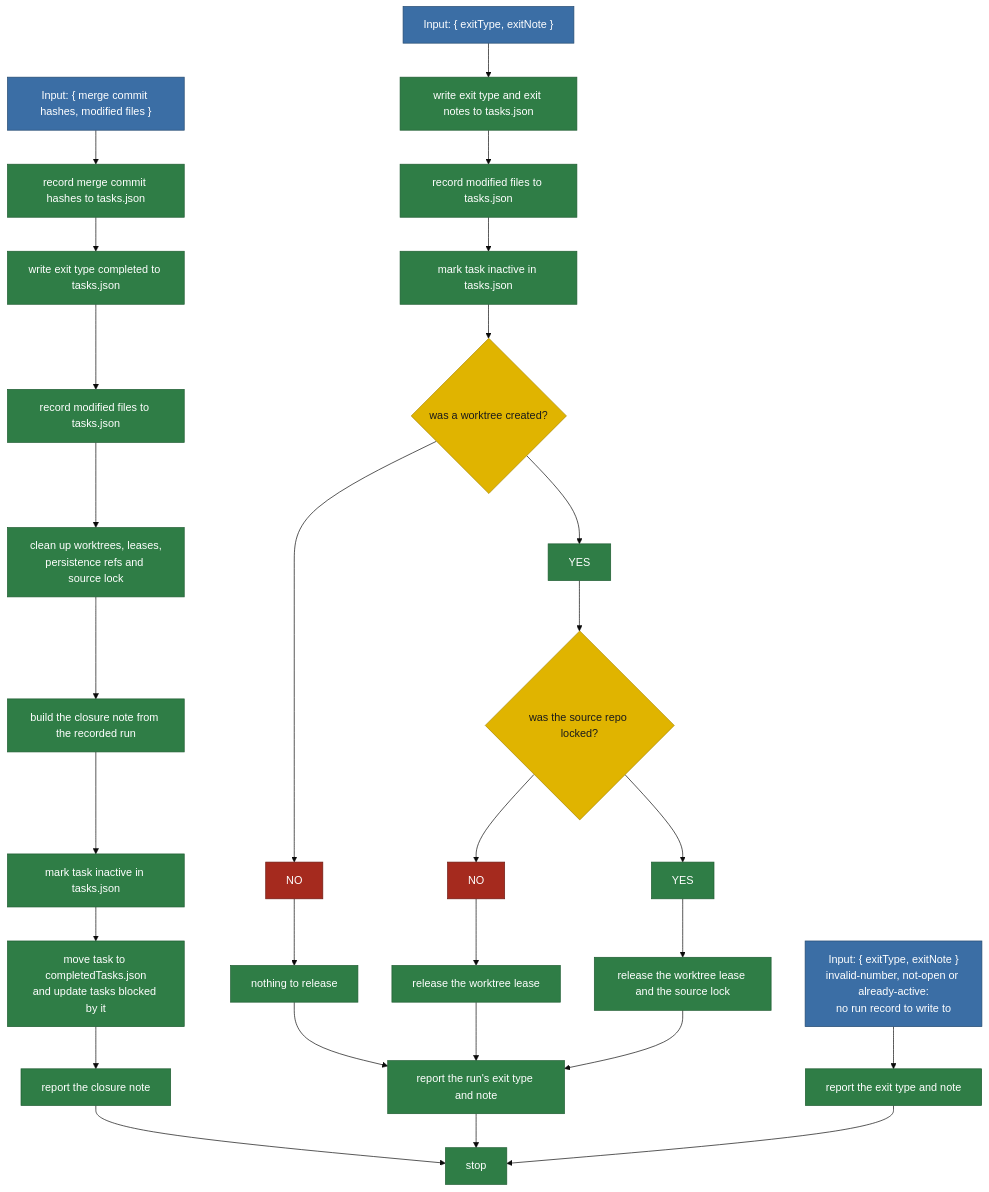
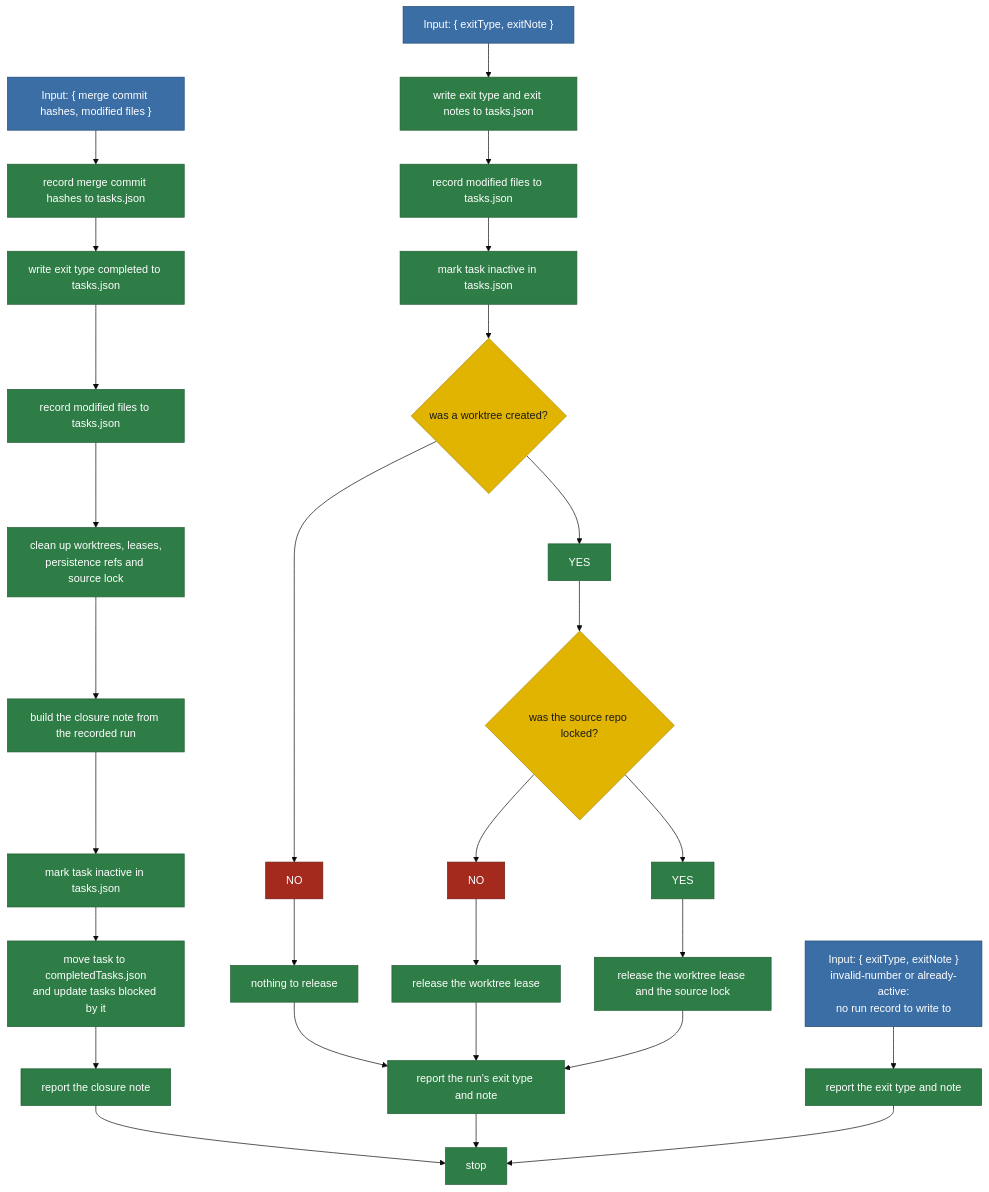
Before and after one commit to matkatmusic/taskTools: the diagram in plans/diagram/pipeline-exitWorkflow.mmd, drawn with Mermaid (base theme). The commit also changed 13 other files, not shown here.

Commit message:
removed redundant 'isTaskOpen' from pipeline and code

```diff
--- a/plans/diagram/pipeline-exitWorkflow.mmd
+++ b/plans/diagram/pipeline-exitWorkflow.mmd
@@ -1,97 +1,96 @@
 flowchart TB
 %% EXIT WORKFLOW. Split from pipeline.mmd. Every pipeline ends here.
 %% Two inputs, two tails:
 %%   the merge receipt from the rebase and merge pipeline -> the success tail
 %%   an exit type and exit note from any pipeline          -> the failure tail
 %% Rules that apply everywhere, not steps:
 %%   1. Every git interaction goes through a script. Never prose.
 %%   2. Every read and write of tasks.json is atomic.
 %%   3. Every box that touches the working tree operates on every repository
 %%      layer, deepest submodule first, root last. Boxes that only read or write
 %%      tasks.json do not.
 %%   4. Exactly one box releases the source repo lock on the failure tail. The
 %%      release line names only what is actually held: nothing before a
 %%      worktree exists, the lease only before the source repo was locked, both
 %%      after. "clean up" releases both on the success tail.
 %%   5. A script that fails operationally, as opposed to returning a verdict,
 %%      exits the run as run-failed. No step is retried after it has mutated
 %%      anything. How far this workflow can run depends on where the failure
 %%      happened, and there are four cases:
 %%        before the task is active - report and stop; there is no run to write to
 %%        active, no worktree      - this workflow runs; modified files records []
 %%        active, with worktree    - this workflow runs in full
 %%        during the archive, after "mark task inactive"
 %%                                - the run is already ended, so this workflow
 %%                                  reopens it, overwrites exit type completed
 %%                                  with run-failed, and re-ends it
 %%   6. A mutating box whose result is lost is never blindly retried and never
 %%      assumed failed. Each one has a read-only reconciliation check that reads
 %%      the world and decides whether it already happened. A safe idempotent
 %%      rerun happens only after reconciliation proves it did not complete. Only
 %%      an ambiguous loss is run-failed.
 %%   7. A task stays unavailable to another run from "mark the task active" until
 %%      its archive lands. "mark task inactive" ends the run but does NOT reopen
 %%      the task: a task whose newest ended run exited completed, and which is
 %%      still in tasks.json, is closing, and a second invocation must refuse it.
 %% Exit types that reach [stop]:
 %%   completed          - archived to completedTasks.json
 %%   invalid-number     - not in tasks.json or completedTasks.json
-%%   not-open           - already completed
 %%   already-active     - a previous run left the task active
 %%   blocked            - an open blocker remains
 %%   plan-scrapped      - codex scrapped the plan twice
 %%   tests-red          - task tests still failing after 2 fix attempts
 %%   tests-flagged      - codex flagged the tests twice
 %%   suite-red          - full suite still failing after 2 fix attempts
 %%   rebase-stuck       - the rebase did not advance after 2 conflict fixes
 %%   merge-failed       - the merge did not land twice
 %%   fence-violation    - a step changed a file the task does not own
 %%   run-failed         - a script failed operationally
-%% invalid-number, not-open and already-active are the only exits that write
-%% nothing to tasks.json: the first two have no open task record to write to, and
-%% the third must not touch a run that belongs to another invocation. All three
-%% take the report-only tail. Every other exit takes the failure tail.
+%% invalid-number and already-active are the only exits that write nothing to
+%% tasks.json: the first has no open task record to write to, and the second must
+%% not touch a run that belongs to another invocation. Both take the report-only
+%% tail. Every other exit takes the failure tail.
 
   MERGE_RECEIPT_INPUT["Input: { merge commit hashes, modified files }"] --> RECORD_MERGE_COMMIT_HASHES["record merge commit hashes to tasks.json"]
   RECORD_MERGE_COMMIT_HASHES --> WRITE_EXIT_TYPE_COMPLETED["write exit type completed to tasks.json"]
   WRITE_EXIT_TYPE_COMPLETED --> RECORD_MODIFIED_FILES_SUCCESS["record modified files to tasks.json"]
   RECORD_MODIFIED_FILES_SUCCESS --> CLEAN_UP_WORKTREES["clean up worktrees, leases,<br/>persistence refs and source lock"]
   CLEAN_UP_WORKTREES --> BUILD_CLOSURE_NOTE["build the closure note from the recorded run"]
   BUILD_CLOSURE_NOTE --> MARK_TASK_INACTIVE_SUCCESS["mark task inactive in tasks.json"]
   MARK_TASK_INACTIVE_SUCCESS --> ARCHIVE_TASK["move task to completedTasks.json<br/>and update tasks blocked by it"]
   ARCHIVE_TASK --> REPORT_CLOSURE_NOTE["report the closure note"]
   REPORT_CLOSURE_NOTE --> STOP["stop"]
 
   EXIT_TYPE_NOTE_INPUT["Input: { exitType, exitNote }"] --> WRITE_EXIT_TYPE_AND_NOTE["write exit type and exit notes to tasks.json"]
   WRITE_EXIT_TYPE_AND_NOTE --> RECORD_MODIFIED_FILES_FAILURE["record modified files to tasks.json"]
   RECORD_MODIFIED_FILES_FAILURE --> MARK_TASK_INACTIVE_FAILURE["mark task inactive in tasks.json"]
   MARK_TASK_INACTIVE_FAILURE --> WAS_WORKTREE_CREATED{"was a worktree created?"}
   WAS_WORKTREE_CREATED --> WAS_WORKTREE_CREATED_YES["YES"]
   WAS_WORKTREE_CREATED --> WAS_WORKTREE_CREATED_NO["NO"]
   WAS_WORKTREE_CREATED_NO --> NOTHING_TO_RELEASE["nothing to release"]
   NOTHING_TO_RELEASE --> REPORT_EXIT_TYPE_AND_NOTE["report the run's exit type and note"]
 
   WAS_WORKTREE_CREATED_YES --> WAS_SOURCE_REPO_LOCKED{"was the source repo locked?"}
   WAS_SOURCE_REPO_LOCKED --> WAS_SOURCE_REPO_LOCKED_YES["YES"]
   WAS_SOURCE_REPO_LOCKED --> WAS_SOURCE_REPO_LOCKED_NO["NO"]
   WAS_SOURCE_REPO_LOCKED_NO --> RELEASE_WORKTREE_LEASE["release the worktree lease"]
   RELEASE_WORKTREE_LEASE --> REPORT_EXIT_TYPE_AND_NOTE
   WAS_SOURCE_REPO_LOCKED_YES --> RELEASE_WORKTREE_LEASE_AND_LOCK["release the worktree lease and the source lock"]
   RELEASE_WORKTREE_LEASE_AND_LOCK --> REPORT_EXIT_TYPE_AND_NOTE
   REPORT_EXIT_TYPE_AND_NOTE --> STOP
 
-  EXIT_TYPE_NOTE_NO_WRITE_INPUT["Input: { exitType, exitNote }<br/>invalid-number, not-open or already-active:<br/>no run record to write to"] --> REPORT_EXIT_TYPE_NO_WRITE["report the exit type and note"]
+  EXIT_TYPE_NOTE_NO_WRITE_INPUT["Input: { exitType, exitNote }<br/>invalid-number or already-active:<br/>no run record to write to"] --> REPORT_EXIT_TYPE_NO_WRITE["report the exit type and note"]
   REPORT_EXIT_TYPE_NO_WRITE --> STOP
 
   classDef script fill:#2f7d46,stroke:#1e5c31,color:#ffffff
   classDef prose fill:#e0b400,stroke:#a88600,color:#1a1a1a
   classDef decision fill:#e0b400,stroke:#a88600,color:#1a1a1a
   classDef output fill:#3b6ea5,stroke:#254a70,color:#ffffff
   classDef fail fill:red,stroke:#254a70,color:#ffffff
   classDef pass fill:#2f7d46,stroke:#1e5c31,color:#ffffff
   classDef nopass fill:#a52a1e,stroke:#6d1a12,color:#ffffff
   class WAS_WORKTREE_CREATED,WAS_SOURCE_REPO_LOCKED decision
   class WAS_WORKTREE_CREATED_YES,WAS_SOURCE_REPO_LOCKED_YES pass
   class WAS_WORKTREE_CREATED_NO,WAS_SOURCE_REPO_LOCKED_NO nopass
   class RECORD_MERGE_COMMIT_HASHES,WRITE_EXIT_TYPE_COMPLETED,RECORD_MODIFIED_FILES_SUCCESS,CLEAN_UP_WORKTREES,BUILD_CLOSURE_NOTE,MARK_TASK_INACTIVE_SUCCESS,ARCHIVE_TASK,REPORT_CLOSURE_NOTE,WRITE_EXIT_TYPE_AND_NOTE,RECORD_MODIFIED_FILES_FAILURE,MARK_TASK_INACTIVE_FAILURE,NOTHING_TO_RELEASE,RELEASE_WORKTREE_LEASE,RELEASE_WORKTREE_LEASE_AND_LOCK,REPORT_EXIT_TYPE_AND_NOTE,REPORT_EXIT_TYPE_NO_WRITE,STOP script
   class MERGE_RECEIPT_INPUT,EXIT_TYPE_NOTE_INPUT,EXIT_TYPE_NOTE_NO_WRITE_INPUT output
```
